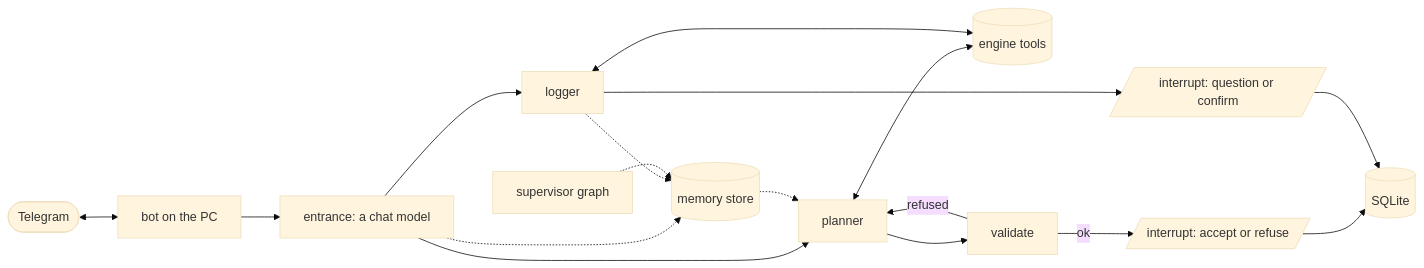
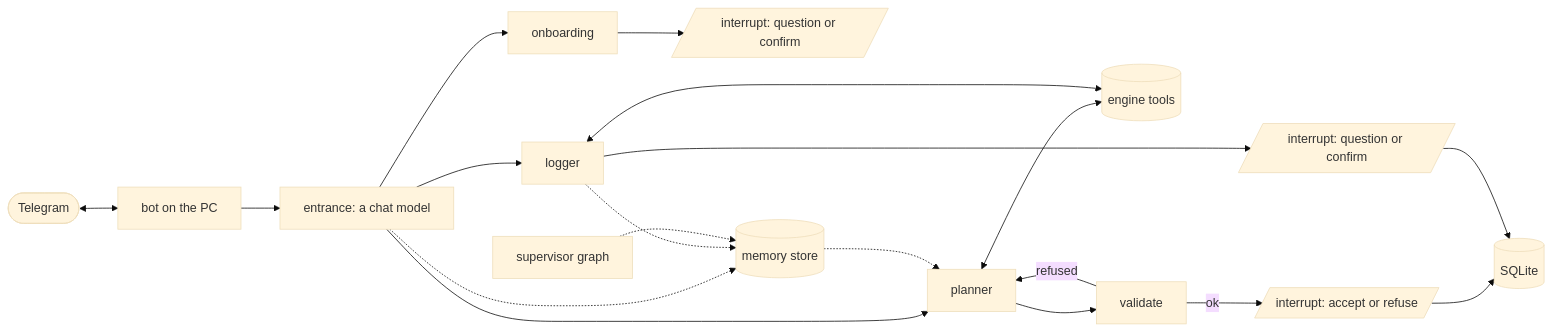
Before and after one commit to danielediodati/REPS: the diagram in README.md, drawn with Mermaid (base theme). The commit also changed other lines of this file and 18 other files, not shown here.

````diff
--- a/README.md
+++ b/README.md
@@ -22,19 +22,21 @@
 ```mermaid
 flowchart LR
   tg([Telegram]) <--> bot[bot on the PC]
   bot --> entrance[entrance: a chat model]
   entrance --> planner
   entrance --> logger
+  entrance --> onboarding
+  onboarding --> interview[/interrupt: question or confirm/]
   planner <--> tools[(engine tools)]
   logger <--> tools
   planner --> validate
   validate -- refused --> planner
   validate -- ok --> accept[/interrupt: accept or refuse/]
   logger --> ask[/interrupt: question or confirm/]
   accept --> db[(SQLite)]
   ask --> db
   entrance -.-> store[(memory store)]
   logger -.-> store
   store -.-> planner
   supervisor[supervisor graph] -.-> store
 ```
````
